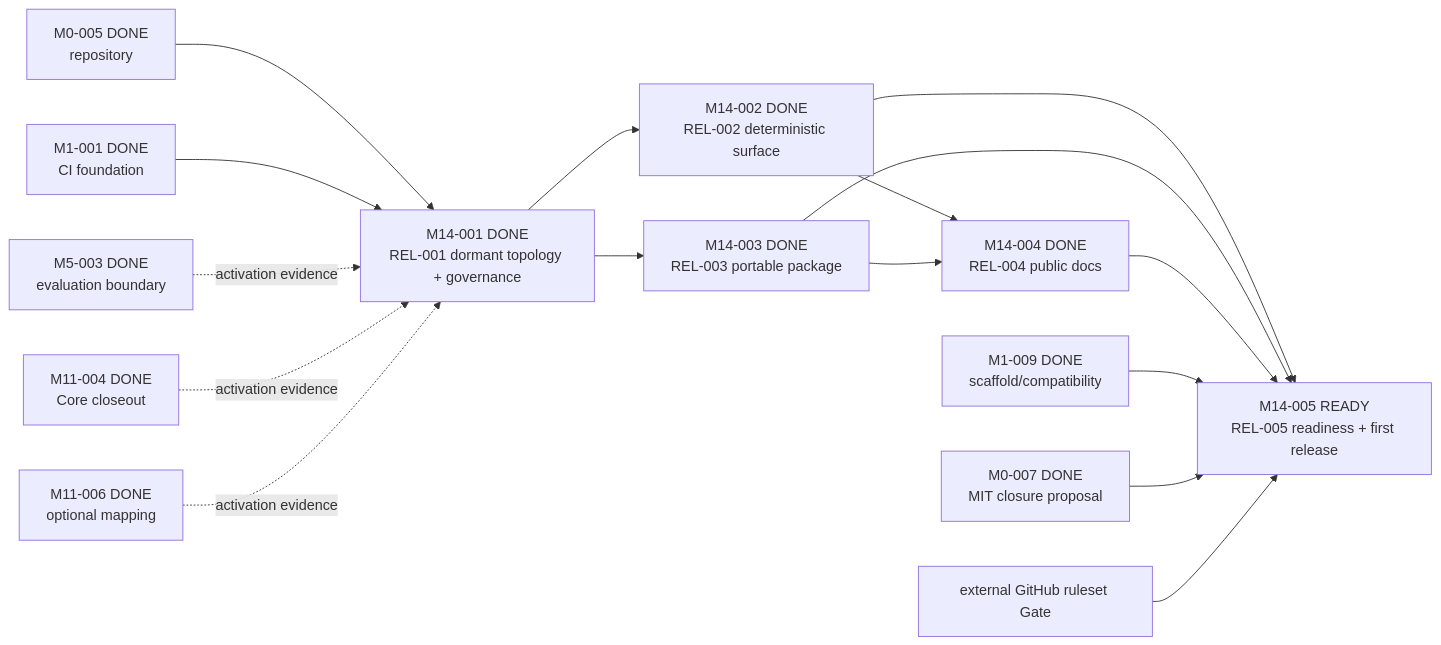
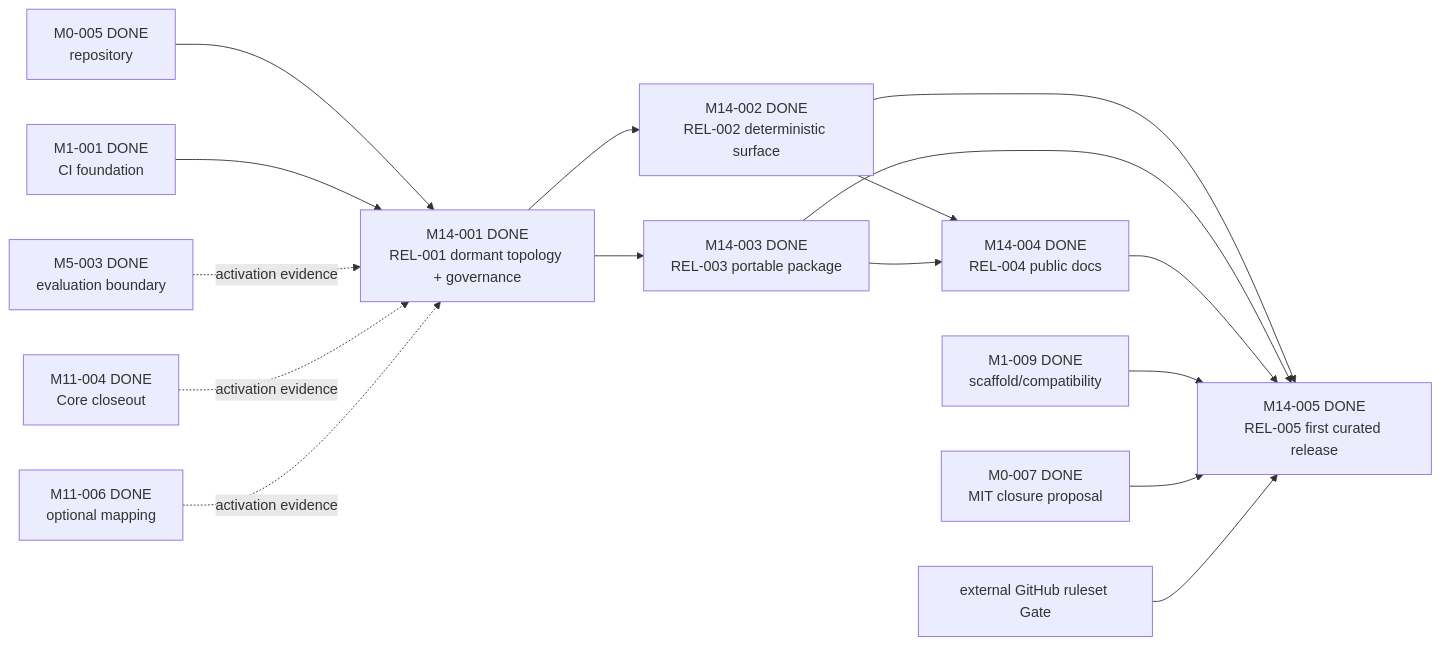
The diagram in docs/workstreams/chengyue-lu/M14-CURATED-RELEASE/README.md (Chengyue-Lu/research-agent-workbench), drawn with Mermaid before and after one commit. The commit also changed other lines of this file and 6 other files, not shown here.

Commit message:
docs(M14-005): record verified v0.1.0 first release

````diff
--- a/docs/workstreams/chengyue-lu/M14-CURATED-RELEASE/README.md
+++ b/docs/workstreams/chengyue-lu/M14-CURATED-RELEASE/README.md
@@ -43,18 +43,18 @@
 ```mermaid
 flowchart LR
     M0005["M0-005 DONE<br/>repository"] --> M14001["M14-001 DONE<br/>REL-001 dormant topology + governance"]
     M1001["M1-001 DONE<br/>CI foundation"] --> M14001
     M5003["M5-003 DONE<br/>evaluation boundary"] -. "activation evidence" .-> M14001
     M1104["M11-004 DONE<br/>Core closeout"] -. "activation evidence" .-> M14001
     M1106["M11-006 DONE<br/>optional mapping"] -. "activation evidence" .-> M14001
     M14001 --> M14002["M14-002 DONE<br/>REL-002 deterministic surface"]
     M14001 --> M14003["M14-003 DONE<br/>REL-003 portable package"]
     M14002 --> M14004["M14-004 DONE<br/>REL-004 public docs"]
     M14003 --> M14004
-    M14002 --> M14005["M14-005 READY<br/>REL-005 readiness + first release"]
+    M14002 --> M14005["M14-005 DONE<br/>REL-005 first curated release"]
     M14003 --> M14005
     M14004 --> M14005
     M1009["M1-009 DONE<br/>scaffold/compatibility"] --> M14005
     M0007["M0-007 DONE<br/>MIT closure proposal"] --> M14005
     Remote["external GitHub ruleset Gate"] --> M14005
 ```
````
